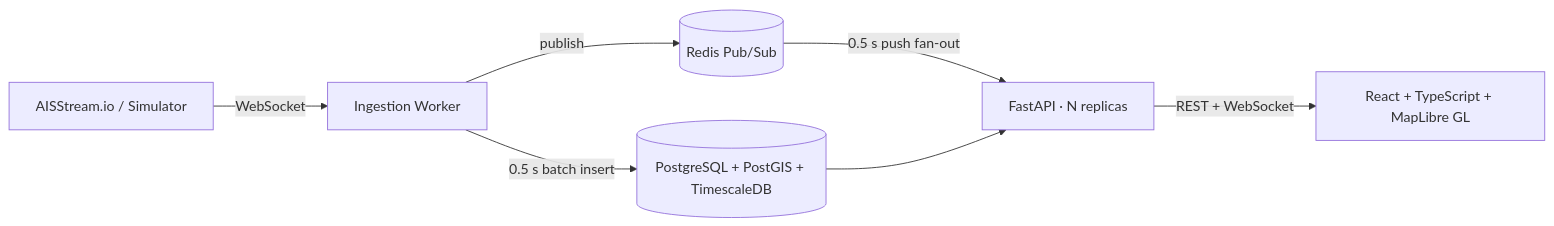
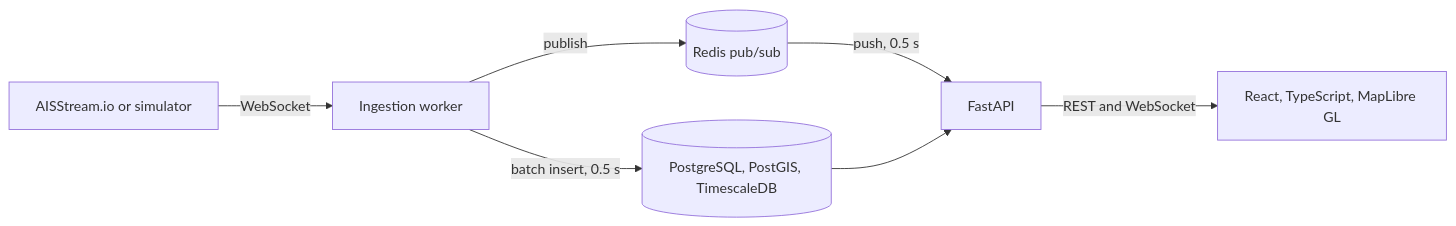
Before and after one commit to zSamir015/panama-canal-tracker: the diagram in README.md, drawn with Mermaid. The commit also changed other lines of this file and 11 other files, not shown here.

````diff
--- a/README.md
+++ b/README.md
@@ -95,9 +104,9 @@
 ```mermaid
 flowchart LR
-    AIS["AISStream.io / Simulator"] -->|WebSocket| W["Ingestion Worker"]
-    W -->|"0.5 s batch insert"| DB[("PostgreSQL + PostGIS + TimescaleDB")]
-    W -->|"publish"| R[("Redis Pub/Sub")]
-    R -->|"0.5 s push fan-out"| API["FastAPI · N replicas"]
+    AIS["AISStream.io or simulator"] -->|WebSocket| W["Ingestion worker"]
+    W -->|"batch insert, 0.5 s"| DB[("PostgreSQL, PostGIS, TimescaleDB")]
+    W -->|publish| R[("Redis pub/sub")]
+    R -->|"push, 0.5 s"| API["FastAPI"]
     DB --> API
-    API -->|"REST + WebSocket"| WEB["React + TypeScript + MapLibre GL"]
+    API -->|"REST and WebSocket"| WEB["React, TypeScript, MapLibre GL"]
 ```
````
